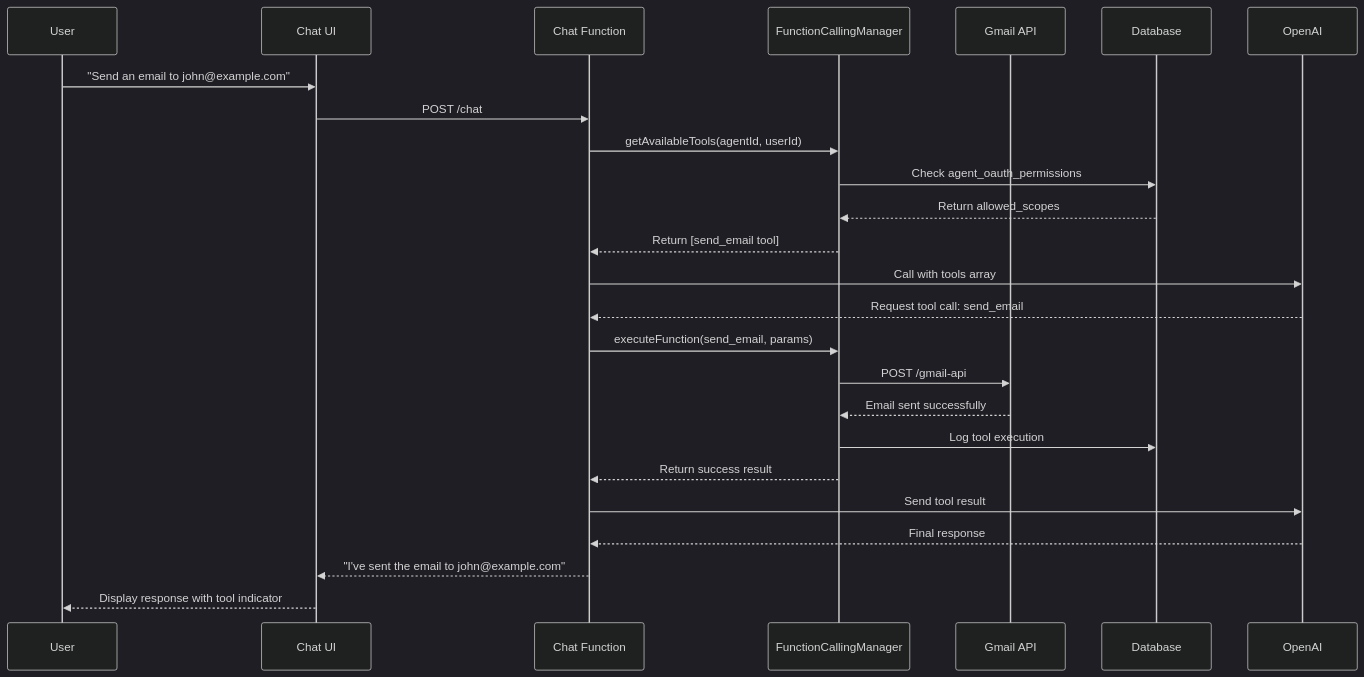
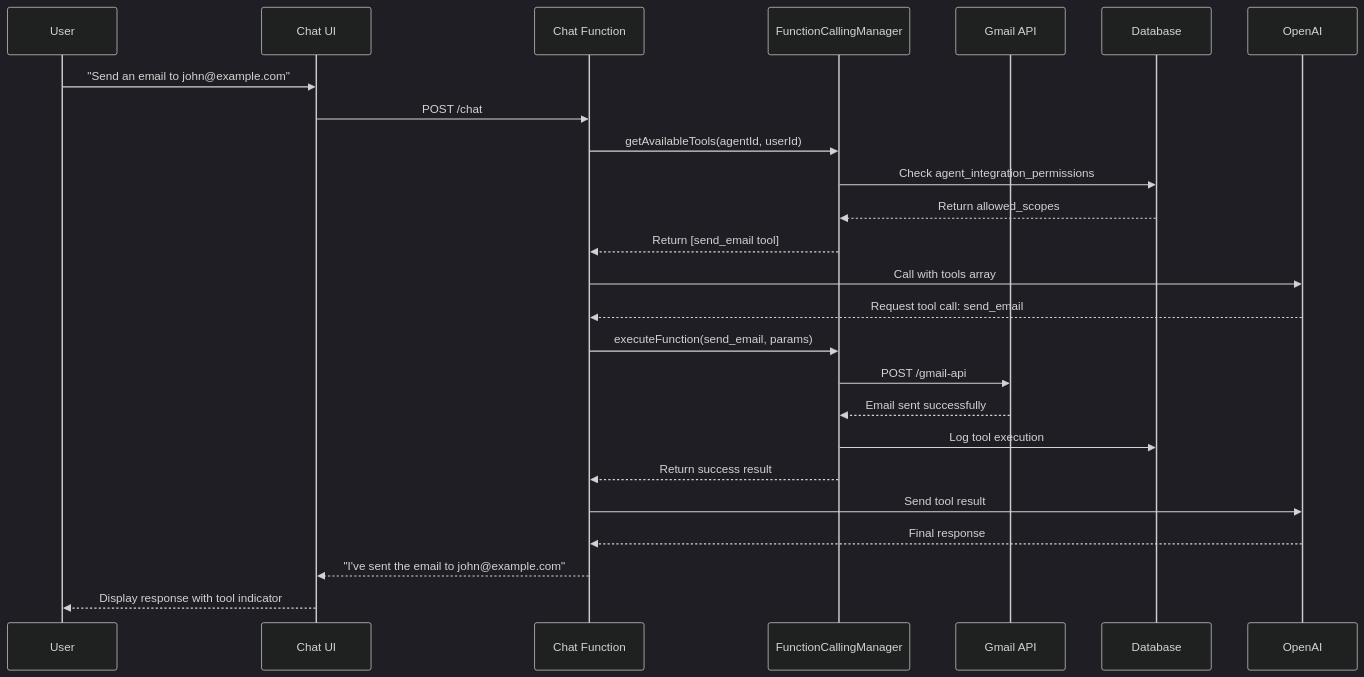
One commit to maverick-software/agentopia changed the second of 2 diagrams in .cursor/rules/premium/sops/tool_use/agent_tool_use_protocol.mdc. Above: the diagram before and after it, drawn with Mermaid (dark theme). The commit also changed other lines of this file and 33 other files, not shown here.

````diff
--- a/.cursor/rules/premium/sops/tool_use/agent_tool_use_protocol.mdc
+++ b/.cursor/rules/premium/sops/tool_use/agent_tool_use_protocol.mdc
@@ -315,33 +341,33 @@
 ```mermaid
 sequenceDiagram
     participant User
     participant Chat UI
     participant Chat Function
     participant FunctionCallingManager
     participant Gmail API
     participant Database
     
     User->>Chat UI: "Send an email to john@example.com"
     Chat UI->>Chat Function: POST /chat
     
     Chat Function->>FunctionCallingManager: getAvailableTools(agentId, userId)
-    FunctionCallingManager->>Database: Check agent_oauth_permissions
+    FunctionCallingManager->>Database: Check agent_integration_permissions
     Database-->>FunctionCallingManager: Return allowed_scopes
     FunctionCallingManager-->>Chat Function: Return [send_email tool]
     
     Chat Function->>OpenAI: Call with tools array
     OpenAI-->>Chat Function: Request tool call: send_email
     
     Chat Function->>FunctionCallingManager: executeFunction(send_email, params)
     FunctionCallingManager->>Gmail API: POST /gmail-api
     Gmail API-->>FunctionCallingManager: Email sent successfully
     
     FunctionCallingManager->>Database: Log tool execution
     FunctionCallingManager-->>Chat Function: Return success result
     
     Chat Function->>OpenAI: Send tool result
     OpenAI-->>Chat Function: Final response
     
     Chat Function-->>Chat UI: "I've sent the email to john@example.com"
     Chat UI-->>User: Display response with tool indicator
 ```
````
